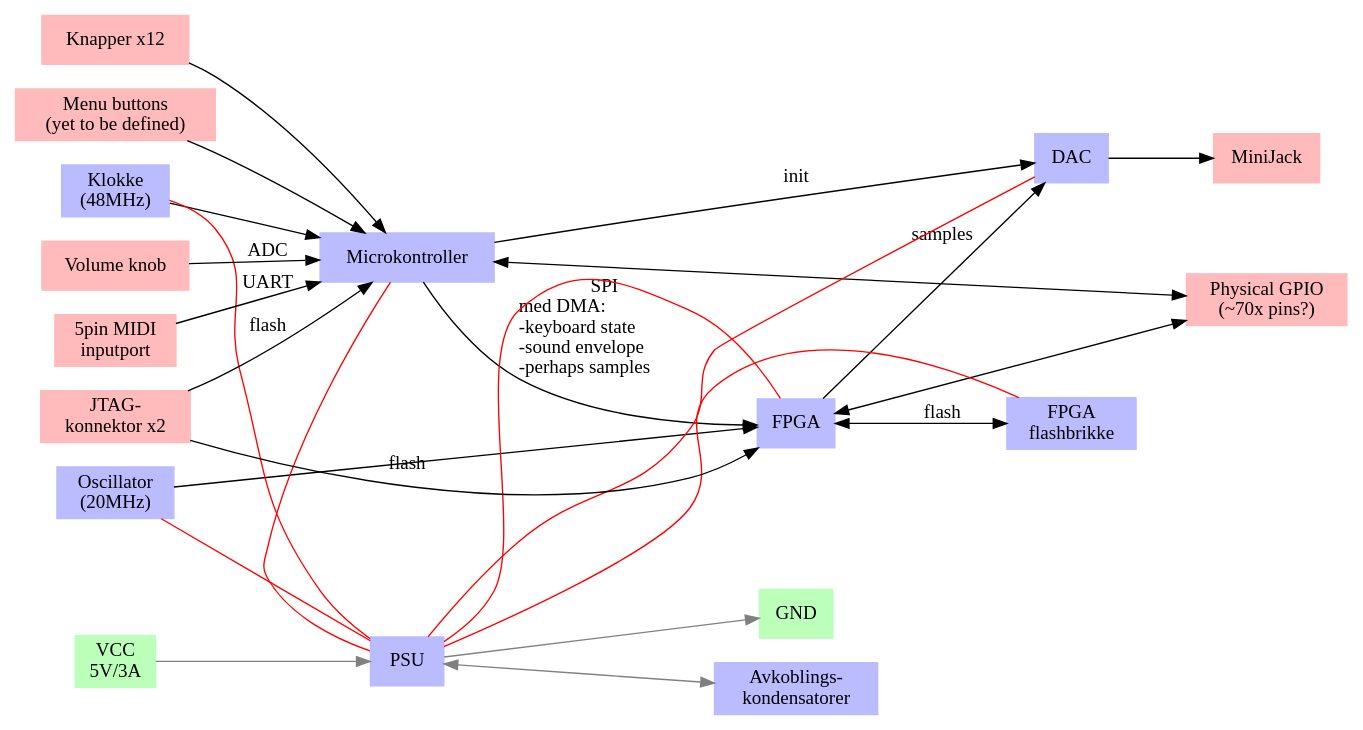
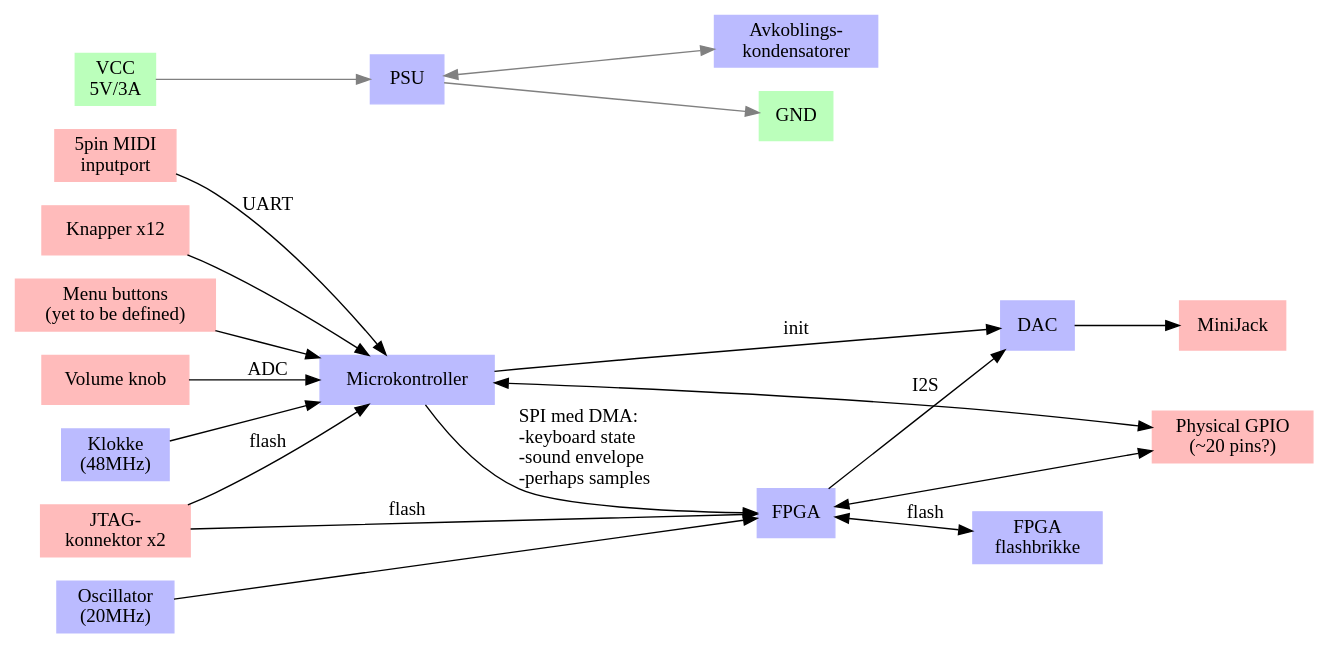
Before and after one commit to TDT4295-2019-groupA/planning: the diagram in pcb.dot, drawn with Graphviz.

Commit message:
Disconnect the eldritch horror PSU from everything not directly related to it, as it's implicit

```diff
--- a/pcb.dot
+++ b/pcb.dot
@@ -1,78 +1,69 @@
 digraph G {
 	rankdir=LR;
 	overlap=false;
 //	concentrate=true
 
 	node [shape=box, style="filled", color="#bbbbff"]
 
 	dac           [label="DAC"]
 	fpga          [label="FPGA"]
 	micro         [label="Microkontroller"]
 	clk           [label="Klokke\n(48MHz)"]
 	osc           [label="Oscillator\n(20MHz)"]
 	flash         [label="FPGA\nflashbrikke"]
 	PSU
 	caps          [label="Avkoblings-\nkondensatorer"]
 
 	{rank=same;clk;osc}
 
 	node [color="#ffbbbb"]
 	jtag          [label="JTAG-\nkonnektor x2"]
 	midi          [label="5pin MIDI\ninputport"]
 	btn           [label="Knapper x12"]
 	btn2          [label="Menu buttons\n(yet to be defined)"]
 	vol           [label="Volume knob"]
-	gpio          [label="Physical GPIO\n(~70x pins?)\n"]
+	gpio          [label="Physical GPIO\n(~20 pins?)\n"]
 	jack          [label="MiniJack"]
 	{rank=same;jtag;midi;btn;btn2;}
 	{rank=same;gpio;jack;}
 
 	node [color="#bbffbb"]
 	VCC           [label="VCC\n5V/3A"]
 	GND
 	//{rank=same;VCC;GND;}
 
 	// input
 	jtag -> micro [label="flash"]
 	jtag -> fpga [label="flash"]
 	midi -> micro [label="UART"]
 	btn -> micro   [label=""]
 	//btn -> micro  [label="ADC"]
 	btn2 -> micro
 	vol -> micro  [label="ADC"]
 
 	micro -> gpio [dir=both]
 	fpga  -> gpio [dir=both]
 	//micro -> gpio -> micro
 	//fpga -> gpio -> fpga
 
 	// output
 	dac -> jack
 
 	// internal
 	fpga -> flash [dir=both, label="flash"]
-	micro -> fpga [label="SPI\nmed DMA:\l-keyboard state\l-sound envelope\l-perhaps samples\l"]
+	micro -> fpga [label="SPI med DMA:\l-keyboard state\l-sound envelope\l-perhaps samples\l"]
 	micro -> dac  [label="init"]
-	fpga -> dac   [label="samples"]
+	fpga -> dac   [label="I2S"]
 
 	clk -> micro
 	osc -> fpga
-
-
-	edge [color="red", dir=none, constraint=false]
-	PSU -> dac
-	PSU -> fpga
-	PSU -> micro
-	PSU -> clk
-	PSU -> osc
-	PSU -> flash
 
 	edge [color="gray", dir=forward, constraint=true]
 	PSU -> caps  [dir=both]
 	VCC -> PSU -> GND
 	/*
 	VCC -> midi -> GND
 	jack -> GND
 
 	/**/
 }
```
